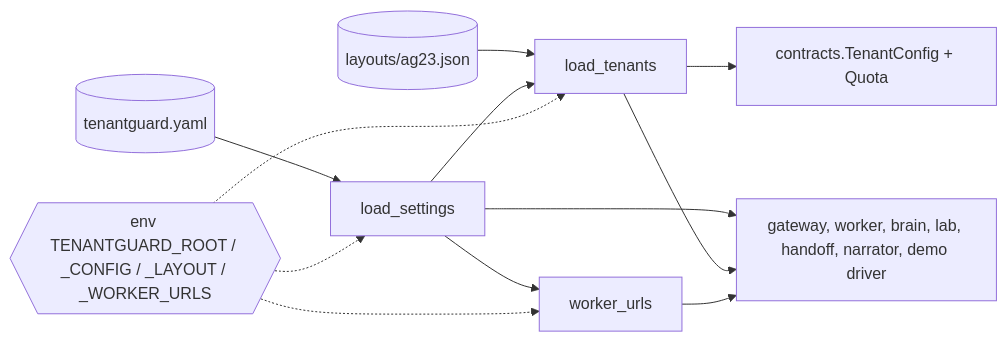
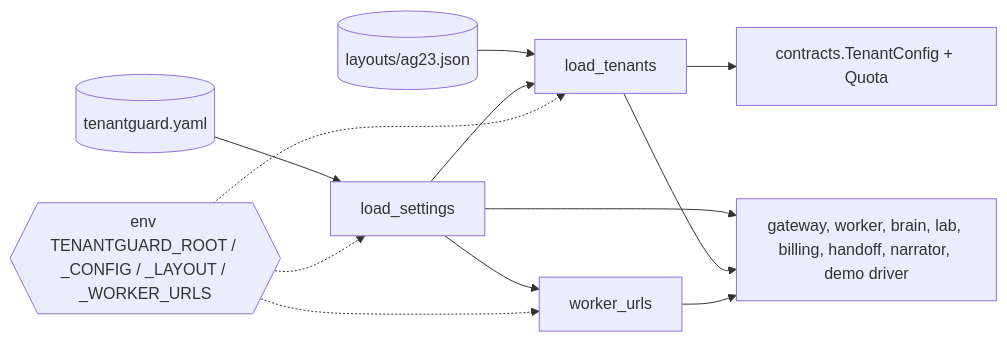
The diagram in prototype-docs/11_FILES_common.md (yashodeepchaudhari/tenantguard), drawn with Mermaid before and after one commit. The commit also changed other lines of this file and 23 other files, not shown here.

Commit message:
Prototype docs: catalogs, sequences, config, risks and testing describe the final master; new billing catalog

````diff
--- a/prototype-docs/11_FILES_common.md
+++ b/prototype-docs/11_FILES_common.md
@@ -16,14 +16,14 @@
 ```mermaid
 flowchart LR
     Y[(tenantguard.yaml)] --> LS[load_settings]
     LJ[(layouts/ag23.json)] --> LT[load_tenants]
     LS --> LT
     LS --> WU[worker_urls]
     ENV{{env TENANTGUARD_ROOT / _CONFIG / _LAYOUT / _WORKER_URLS}} -.-> LS
     ENV -.-> LT
     ENV -.-> WU
     LT --> TC[contracts.TenantConfig + Quota]
-    LS --> SVC[gateway, worker, brain, lab, handoff, narrator, demo driver]
+    LS --> SVC[gateway, worker, brain, lab, billing, handoff, narrator, demo driver]
     LT --> SVC
     WU --> SVC
 ```
````
